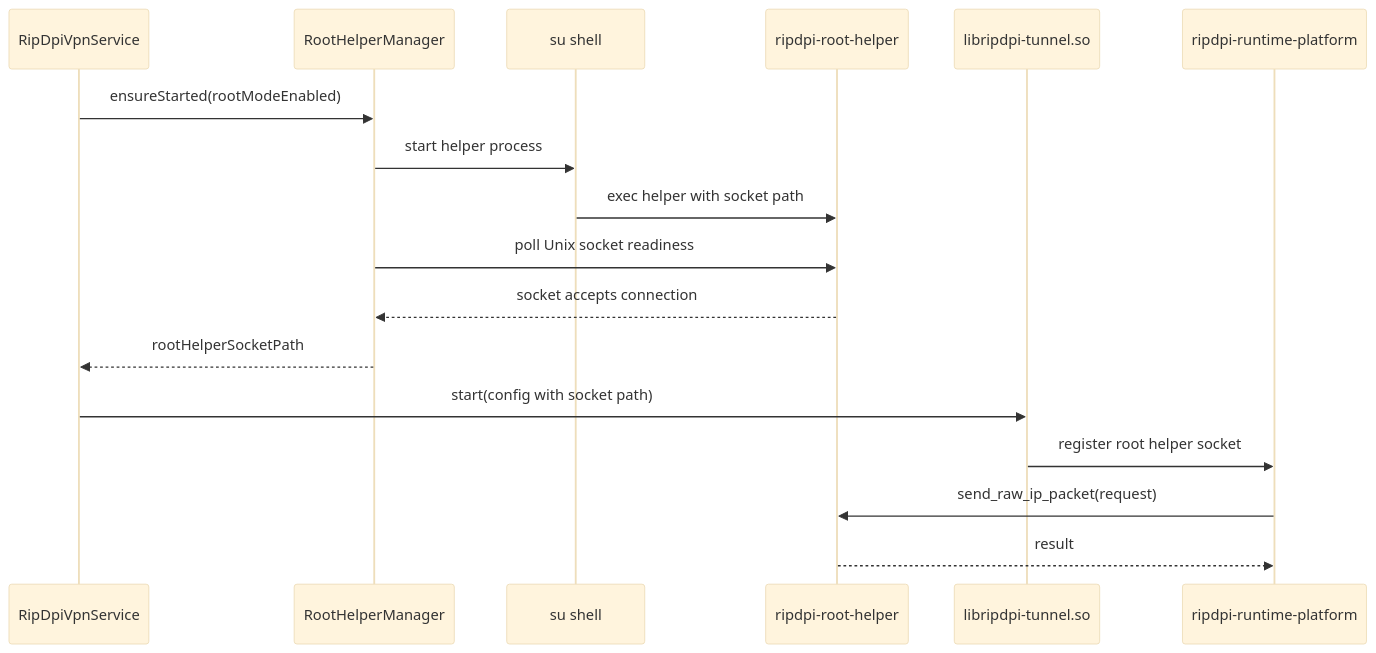
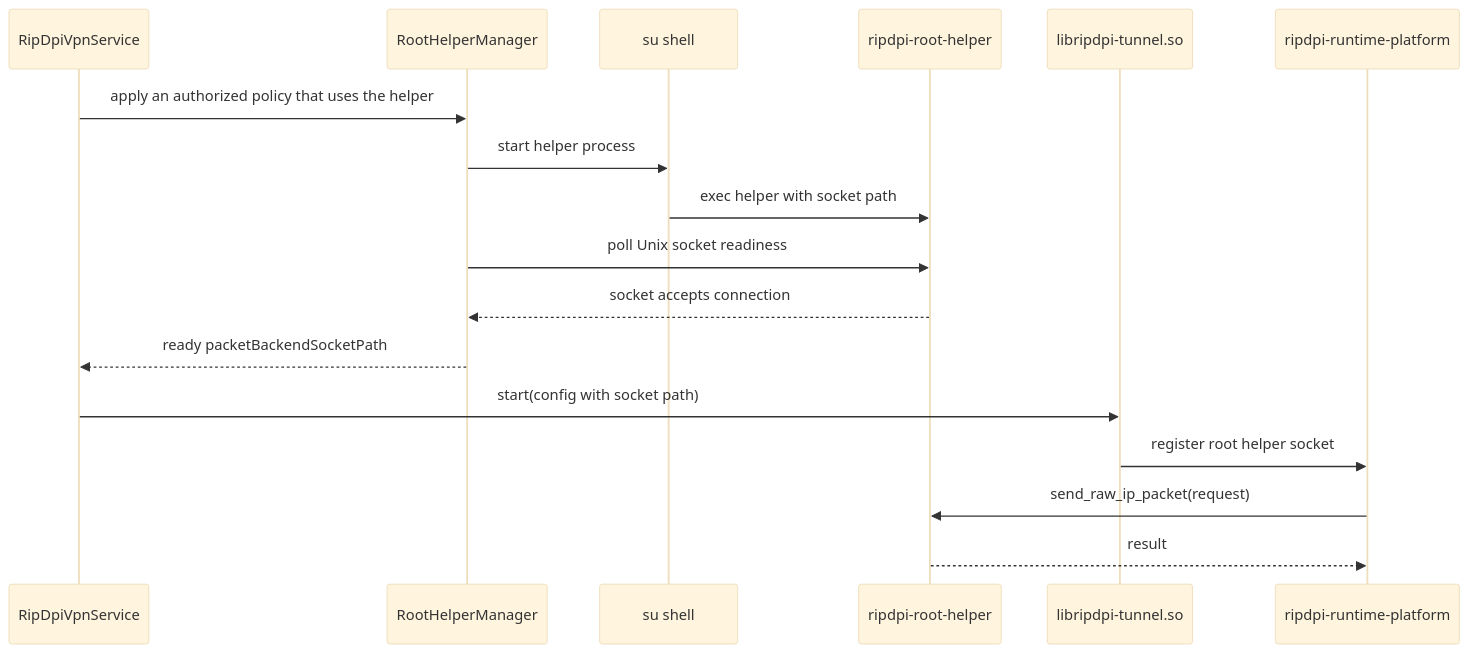
The second of 3 diagrams in docs/packet-strategy-runtime.md (po4yka/RIPDPI), drawn with Mermaid (base theme) before and after one commit. The commit also changed other lines of this file and 18 other files, not shown here.

Commit message:
docs(android): explain root mode and packet capture

````diff
--- a/docs/packet-strategy-runtime.md
+++ b/docs/packet-strategy-runtime.md
@@ -109,20 +112,20 @@
 ```mermaid
 sequenceDiagram
     participant Service as RipDpiVpnService
     participant Manager as RootHelperManager
     participant Su as su shell
     participant Helper as ripdpi-root-helper
     participant Tunnel as libripdpi-tunnel.so
     participant Platform as ripdpi-runtime-platform
 
-    Service->>Manager: ensureStarted(rootModeEnabled)
+    Service->>Manager: apply an authorized policy that uses the helper
     Manager->>Su: start helper process
     Su->>Helper: exec helper with socket path
     Manager->>Helper: poll Unix socket readiness
     Helper-->>Manager: socket accepts connection
-    Manager-->>Service: rootHelperSocketPath
+    Manager-->>Service: ready packetBackendSocketPath
     Service->>Tunnel: start(config with socket path)
     Tunnel->>Platform: register root helper socket
     Platform->>Helper: send_raw_ip_packet(request)
     Helper-->>Platform: result
 ```
````
